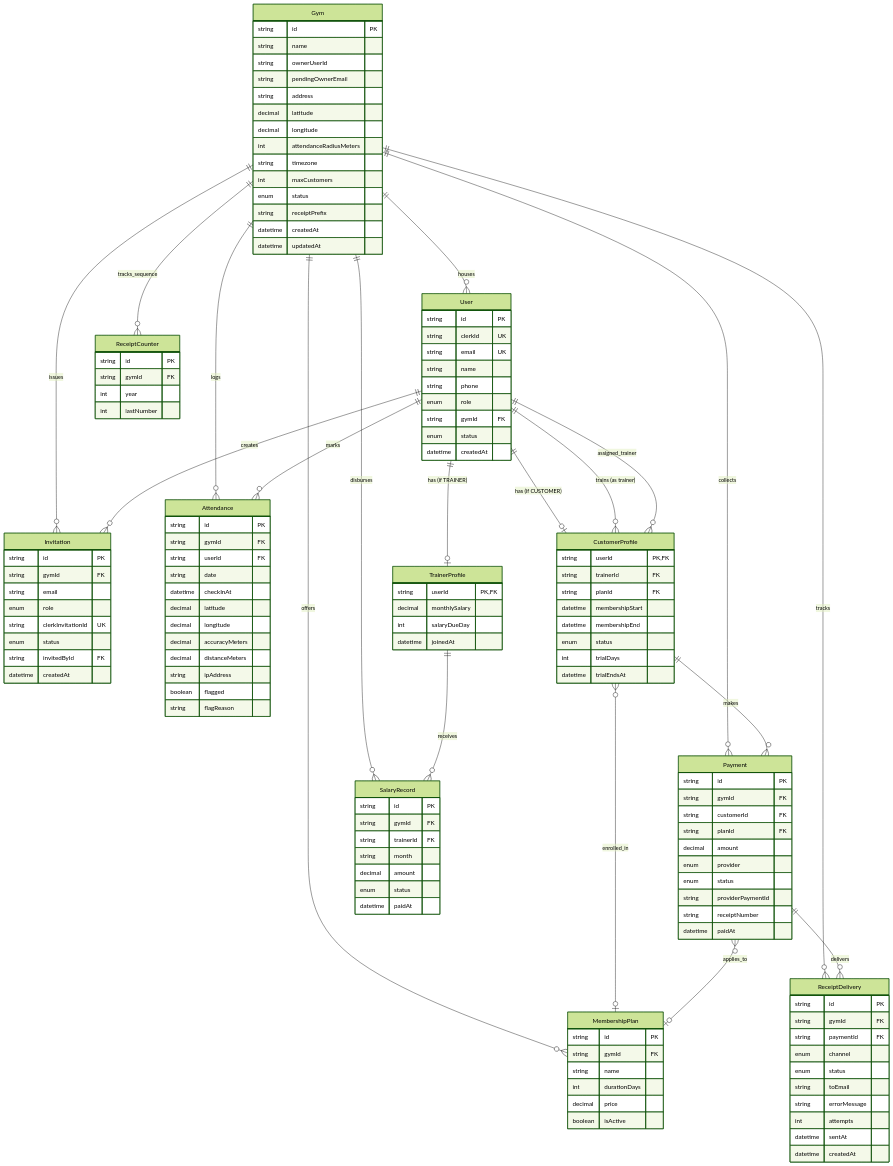
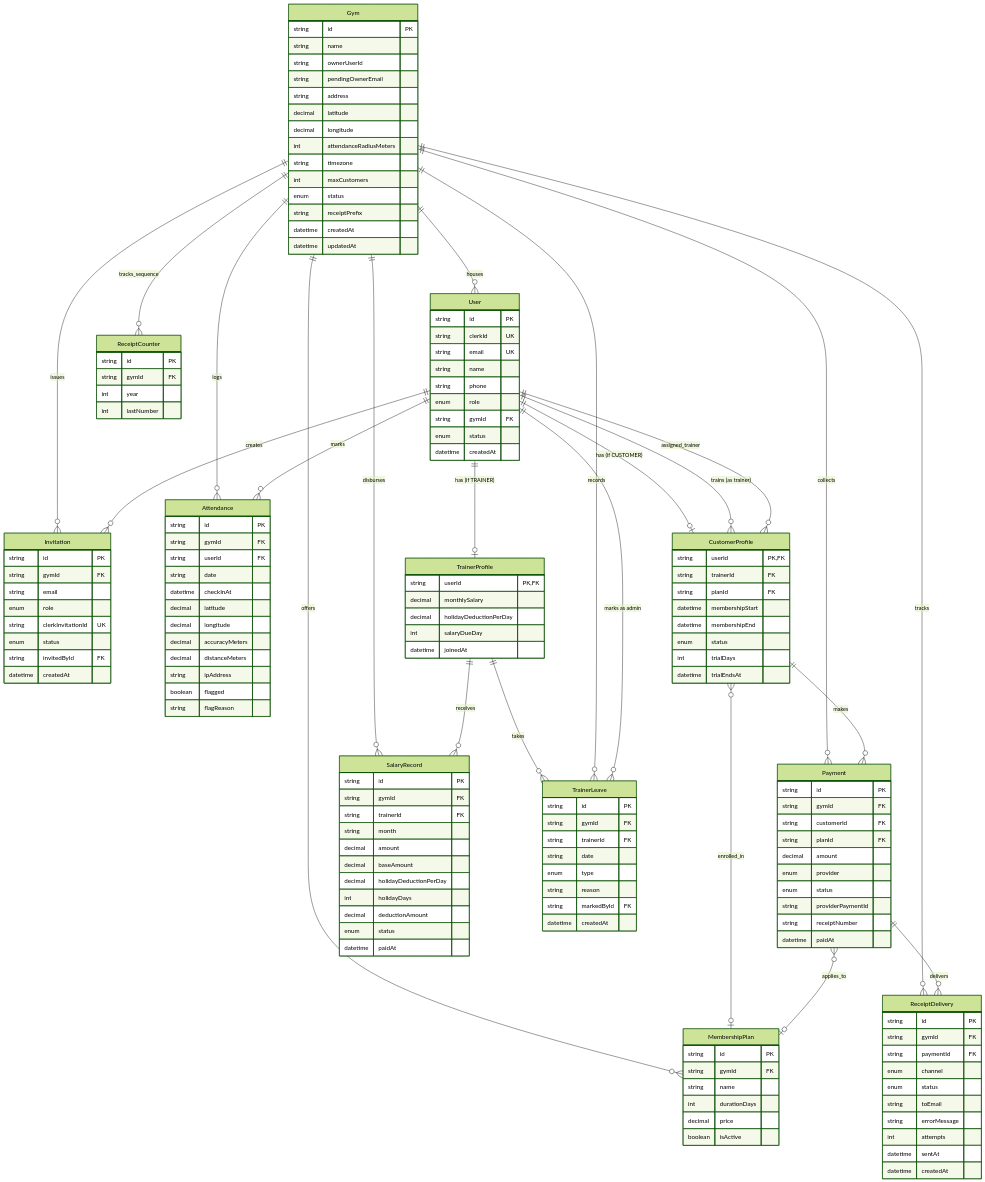
The diagram in docs/DATABASE.md (i-piiyush/gym-crm), drawn with Mermaid (forest theme) before and after one commit. The commit also changed other lines of this file and 58 other files, not shown here.

```diff
--- a/docs/DATABASE.md
+++ b/docs/DATABASE.md
@@ -24,6 +24,9 @@
     User ||--o{ CustomerProfile : "trains (as trainer)"
 
     TrainerProfile ||--o{ SalaryRecord : "receives"
+    TrainerProfile ||--o{ TrainerLeave : "takes"
+    Gym ||--o{ TrainerLeave : "records"
+    User ||--o{ TrainerLeave : "marks as admin"
 
     CustomerProfile }o--|| User : "assigned_trainer"
     CustomerProfile }o--o| MembershipPlan : "enrolled_in"
@@ -82,6 +85,7 @@
     TrainerProfile {
         string userId PK,FK
         decimal monthlySalary
+        decimal holidayDeductionPerDay
         int salaryDueDay
         datetime joinedAt
     }
@@ -138,8 +142,23 @@
         string trainerId FK
         string month
         decimal amount
+        decimal baseAmount
+        decimal holidayDeductionPerDay
+        int holidayDays
+        decimal deductionAmount
         enum status
         datetime paidAt
+    }
+
+    TrainerLeave {
+        string id PK
+        string gymId FK
+        string trainerId FK
+        string date
+        enum type
+        string reason
+        string markedById FK
+        datetime createdAt
     }
 
     Attendance {
```
